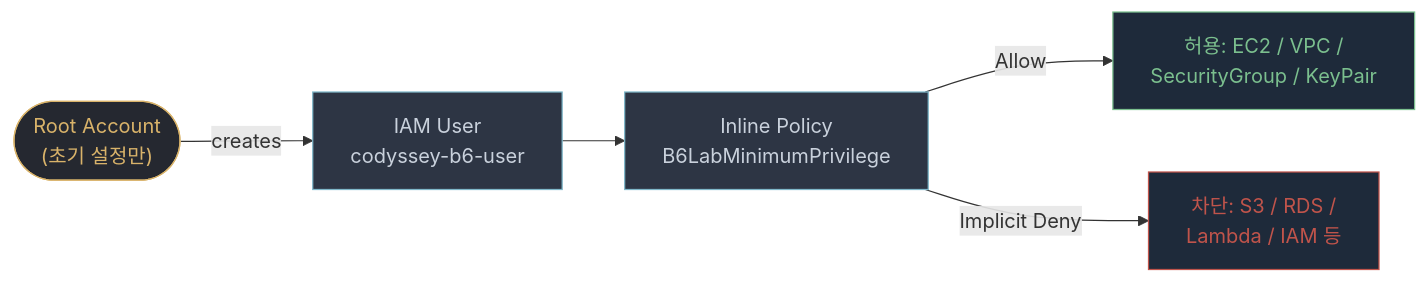
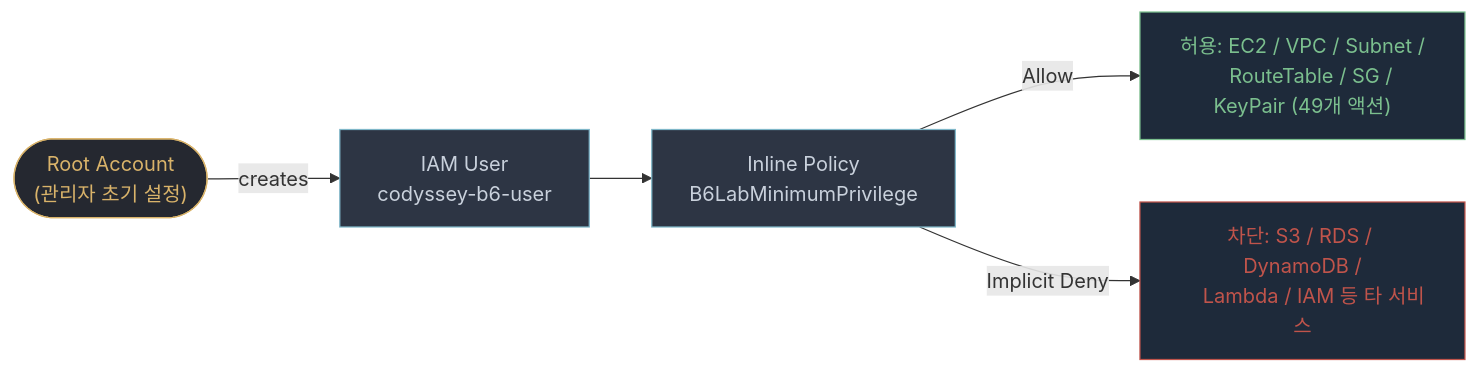
Before and after one commit to nttkor/b3_1: the second of 3 diagrams in docs/architecture.md, drawn with Mermaid. The commit also changed other lines of this file, not shown here.

First line of the commit message:
docs(architecture): 아키텍처 다이어그램(PNG) 임베드 및 서브넷 NACL/SG 설계 문서 보완

````diff
--- a/docs/architecture.md
+++ b/docs/architecture.md
@@ -44,21 +109,21 @@
 ```mermaid
 flowchart LR
-    Root(["Root Account\n(초기 설정만)"])
+    Root(["Root Account\n(관리자 초기 설정)"])
     User["IAM User\ncodyssey-b6-user"]
     Policy["Inline Policy\nB6LabMinimumPrivilege"]
-    Allowed["허용: EC2 / VPC /
-    SecurityGroup / KeyPair"]
-    Denied["차단: S3 / RDS /
-    Lambda / IAM 등"]
+    Allowed["허용: EC2 / VPC / Subnet /
+    RouteTable / SG / KeyPair (49개 액션)"]
+    Denied["차단: S3 / RDS / DynamoDB /
+    Lambda / IAM 등 타 서비스"]
 
     Root -->|creates| User
     User --> Policy
     Policy -->|Allow| Allowed
     Policy -->|Implicit Deny| Denied
 
-    style Root    fill:#252830,stroke:#D9B36A,color:#D9B36A
-    style User    fill:#2D3544,stroke:#7FB7C9,color:#C9D1DC
-    style Policy  fill:#2D3544,stroke:#7FB7C9,color:#C9D1DC
+    style Root fill:#252830,stroke:#D9B36A,color:#D9B36A
+    style User fill:#2D3544,stroke:#7FB7C9,color:#C9D1DC
+    style Policy fill:#2D3544,stroke:#7FB7C9,color:#C9D1DC
     style Allowed fill:#1e2a3a,stroke:#7BBF8E,color:#7BBF8E
-    style Denied  fill:#1e2a3a,stroke:#C0544B,color:#C0544B
+    style Denied fill:#1e2a3a,stroke:#C0544B,color:#C0544B
 ```
````
